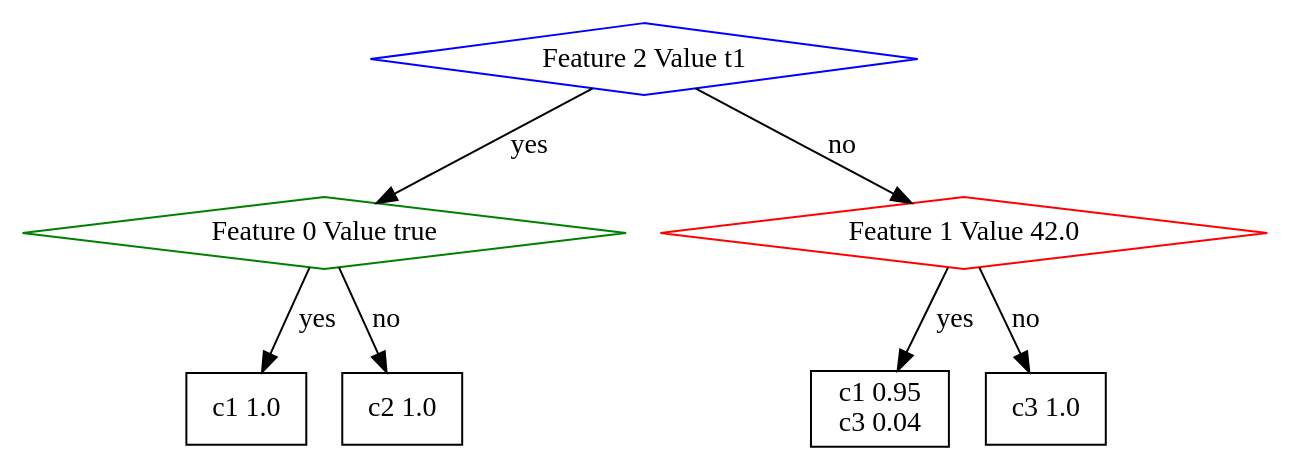
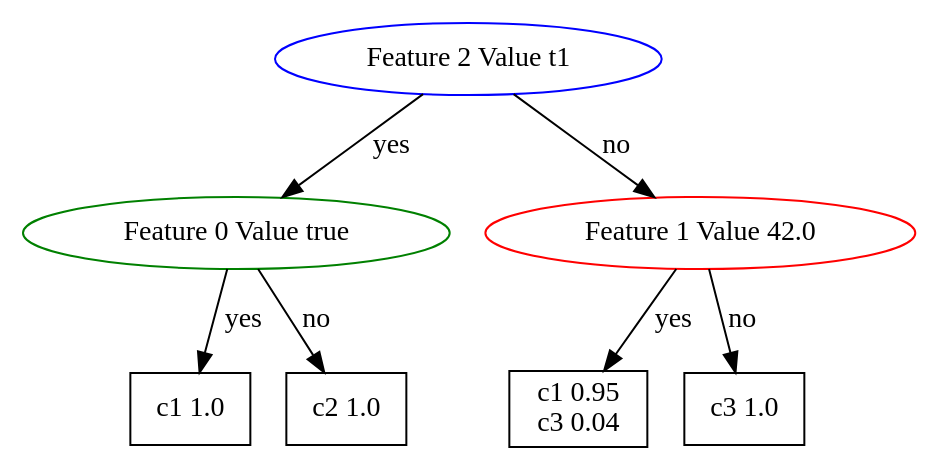
One commit to fandre90/fafdtibb changed the diagram in test.dot. Above: the diagram before and after it, drawn with Graphviz. The commit also changed 5 other files, not shown here.

```diff
--- a/test.dot
+++ b/test.dot
@@ -1,22 +1,22 @@
 /* test.dot generated by FAFDTIBB */
 
 digraph testFAFgraph{
 ratio = "auto";
 fontsize = 10;
 
-id0[shape=diamond, label="Feature 2 Value t1", color=blue];
-id1[shape=diamond, label="Feature 0 Value true", color=green];
+id0[shape=ellipse, label="Feature 2 Value t1", color=blue];
+id1[shape=ellipse, label="Feature 0 Value true", color=green];
 id2[shape=box, label="c1 1.0\n"];
 id3[shape=box, label="c2 1.0\n"];
-id4[shape=diamond, label="Feature 1 Value 42.0", color=red];
+id4[shape=ellipse, label="Feature 1 Value 42.0", color=red];
 id5[shape=box, label="c1 0.95\nc3 0.04\n"];
 id6[shape=box, label="c3 1.0\n"];
 
 id0->id1 [label=yes];
 id1->id2 [label=yes];
 id1->id3 [label=no];
 id0->id4 [label=no];
 id4->id5 [label=yes];
 id4->id6 [label=no];
 
 }
```
